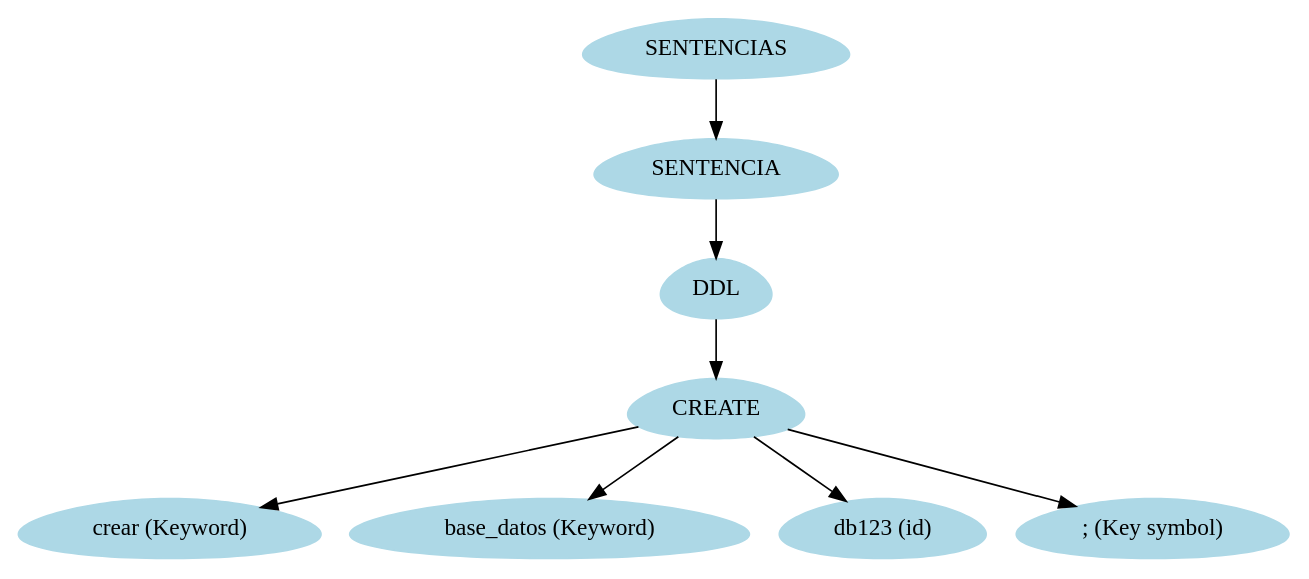
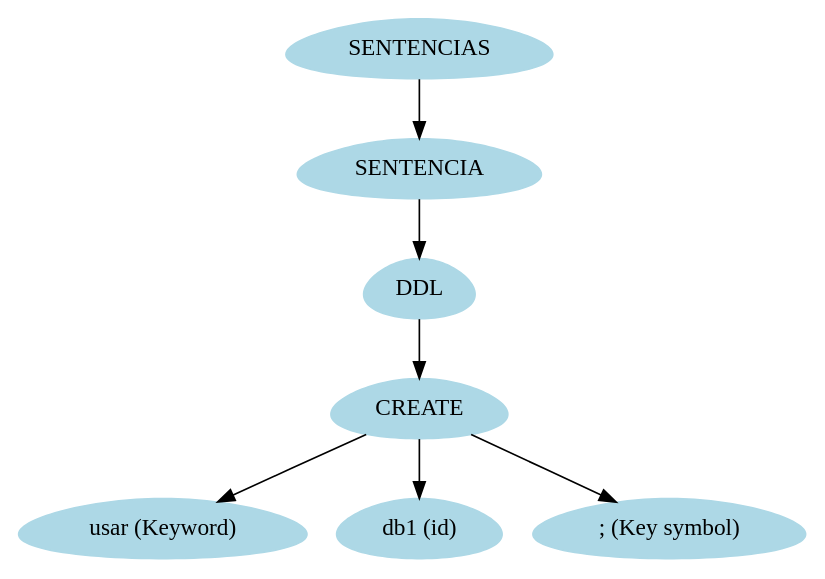
The diagram in [OLC2]Proyecto1_201325583/ServidorDB/bin/Debug/arbolAst.dot (Losajhonny/FI-SQL), drawn with Graphviz before and after one commit. The commit also changed 11 other files, not shown here.

```diff
--- a/[OLC2]Proyecto1_201325583/ServidorDB/bin/Debug/arbolAst.dot
+++ b/[OLC2]Proyecto1_201325583/ServidorDB/bin/Debug/arbolAst.dot
@@ -1,18 +1,16 @@
 digraph grafo{
 node [shape = egg];
-56200037[label="SENTENCIAS", style = filled, color = lightblue];
-36038289[label="SENTENCIA", style = filled, color = lightblue];
+43527150[label="SENTENCIAS", style = filled, color = lightblue];
+56200037[label="SENTENCIA", style = filled, color = lightblue];
+43527150->56200037;
+36038289[label="DDL", style = filled, color = lightblue];
 56200037->36038289;
-55909147[label="DDL", style = filled, color = lightblue];
+55909147[label="CREATE", style = filled, color = lightblue];
 36038289->55909147;
-33420276[label="CREATE", style = filled, color = lightblue];
+33420276[label="usar (Keyword)", style = filled, color = lightblue];
 55909147->33420276;
-32347029[label="crear (Keyword)", style = filled, color = lightblue];
-33420276->32347029;
-22687807[label="base_datos (Keyword)", style = filled, color = lightblue];
-33420276->22687807;
-2863675[label="db123 (id)", style = filled, color = lightblue];
-33420276->2863675;
-25773083[label="; (Key symbol)", style = filled, color = lightblue];
-33420276->25773083;
+32347029[label="db1 (id)", style = filled, color = lightblue];
+55909147->32347029;
+22687807[label="; (Key symbol)", style = filled, color = lightblue];
+55909147->22687807;
 }
```
